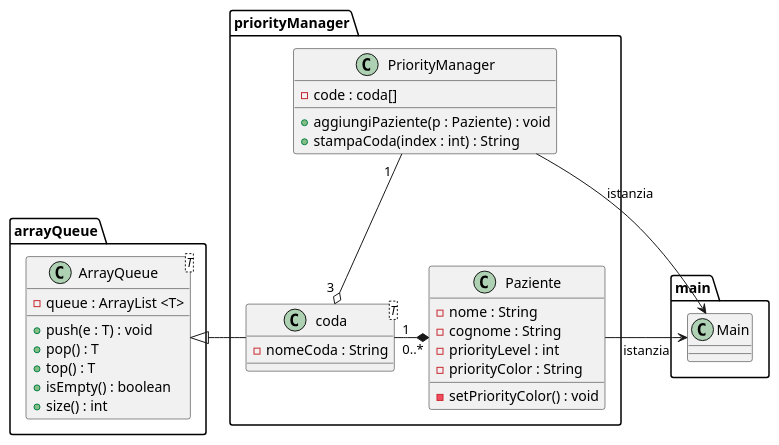
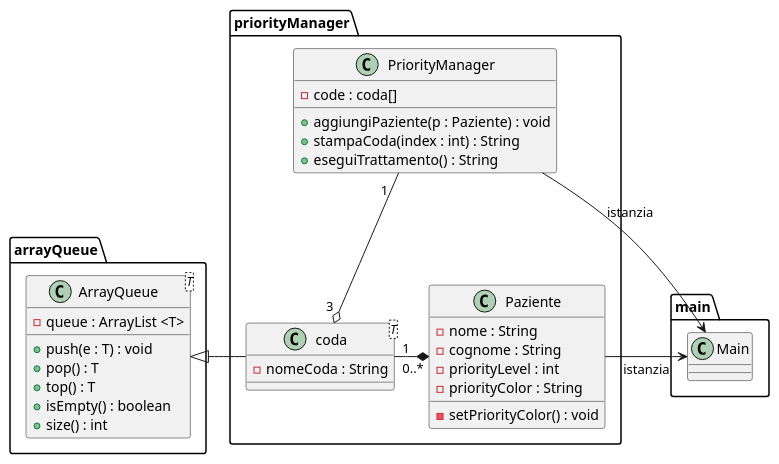
Before and after one commit to Mazzo-007/TPSI-INFO: the diagram in HospitalPriorityManager/src/progettazione/CD.puml, drawn with PlantUML. The commit also changed 3 other files, not shown here.

```diff
--- a/HospitalPriorityManager/src/progettazione/CD.puml
+++ b/HospitalPriorityManager/src/progettazione/CD.puml
@@ -1,44 +1,45 @@
 @startuml
     package arrayQueue {
         class ArrayQueue <T> {
             - queue : ArrayList <T>
             + push(e : T) : void
             + pop() : T
             + top() : T
             + isEmpty() : boolean
             + size() : int
         }
     }
 
     package priorityManager {
         class Paziente {
             - nome : String
             - cognome : String
             - priorityLevel : int
             - priorityColor : String
             - setPriorityColor() : void
         }
 
         class coda <T> {
             - nomeCoda : String
         }
 
         class PriorityManager {
             - code : coda[]
             + aggiungiPaziente(p : Paziente) : void
             + stampaCoda(index : int) : String
+            + eseguiTrattamento() : String
         }
     }
 
     package main {
         class Main
     }
 
     coda -left-|> ArrayQueue
 
     PriorityManager "1  " --o "3 " coda
     coda "1" -right-* "0..*   " Paziente
 
     Paziente -right-> Main : istanzia
     PriorityManager --> Main : istanzia
 @enduml
```
